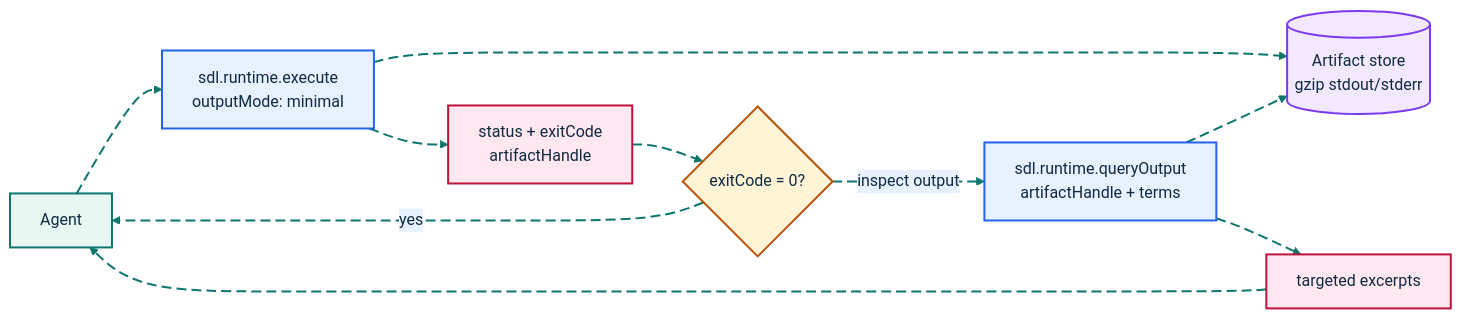
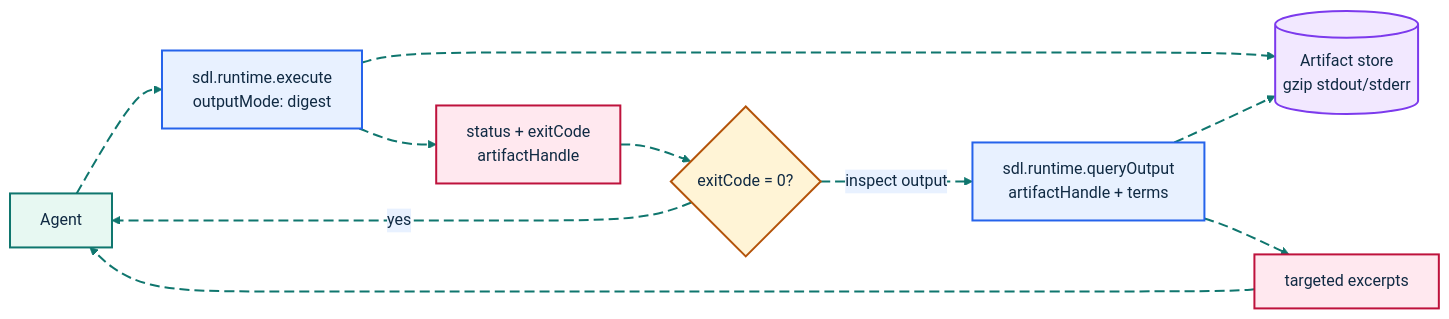
Before and after one commit to GlitterKill/sdl-mcp: the diagram in docs/feature-deep-dives/runtime-execution.md, drawn with Mermaid. The commit also changed other lines of this file and 32 other files, not shown here.

````diff
--- a/docs/feature-deep-dives/runtime-execution.md
+++ b/docs/feature-deep-dives/runtime-execution.md
@@ -77,35 +83,35 @@
 ```mermaid
 %%{init: {"theme":"base","themeVariables":{"background":"#ffffff","primaryColor":"#E7F8F2","primaryBorderColor":"#0F766E","primaryTextColor":"#102A43","secondaryColor":"#E8F1FF","secondaryBorderColor":"#2563EB","secondaryTextColor":"#102A43","tertiaryColor":"#FFF4D6","tertiaryBorderColor":"#B45309","tertiaryTextColor":"#102A43","lineColor":"#0F766E","textColor":"#102A43","fontFamily":"Inter, ui-sans-serif, system-ui, -apple-system, BlinkMacSystemFont, Segoe UI, sans-serif"},"flowchart":{"curve":"basis","htmlLabels":true}}}%%
 flowchart LR
     Agent["Agent"]
-    Execute["sdl.runtime.execute<br/>outputMode: minimal"]
+    Execute["sdl.runtime.execute<br/>outputMode: digest"]
     Store[("Artifact store<br/>gzip stdout/stderr")]
     Status["status + exitCode<br/>artifactHandle"]
     Decision{"exitCode = 0?"}
     Query["sdl.runtime.queryOutput<br/>artifactHandle + terms"]
     Excerpts["targeted excerpts"]
 
     Agent e1@--> Execute
     Execute e2@--> Store
     Execute e3@--> Status
     Status e4@--> Decision
     Decision e5@-->|yes| Agent
     Decision e6@-->|inspect output| Query
     Query e7@--> Store
     Query e8@--> Excerpts
     Excerpts e9@--> Agent
 
     classDef source fill:#E7F8F2,stroke:#0F766E,stroke-width:2px,color:#102A43;
     classDef process fill:#E8F1FF,stroke:#2563EB,stroke-width:2px,color:#102A43;
     classDef decision fill:#FFF4D6,stroke:#B45309,stroke-width:2px,color:#102A43;
     classDef storage fill:#F2E8FF,stroke:#7C3AED,stroke-width:2px,color:#102A43;
     classDef output fill:#FFE8EF,stroke:#BE123C,stroke-width:2px,color:#102A43;
     classDef muted fill:#F8FAFC,stroke:#64748B,stroke-width:1px,color:#102A43;
     classDef animate stroke:#0F766E,stroke-width:2px,stroke-dasharray:10\,5,stroke-dashoffset:900,animation:dash 22s linear infinite;
     class Agent source;
     class Execute,Query process;
     class Store storage;
     class Decision decision;
     class Status,Excerpts output;
     class e1,e2,e3,e4,e5,e6,e7,e8,e9 animate;
 ```
````
